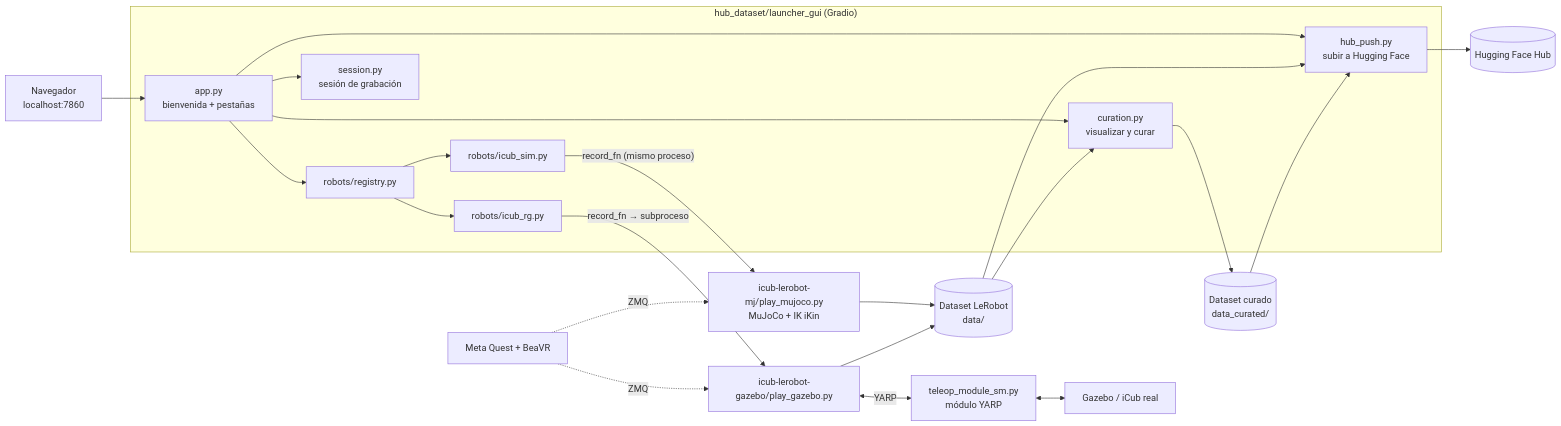
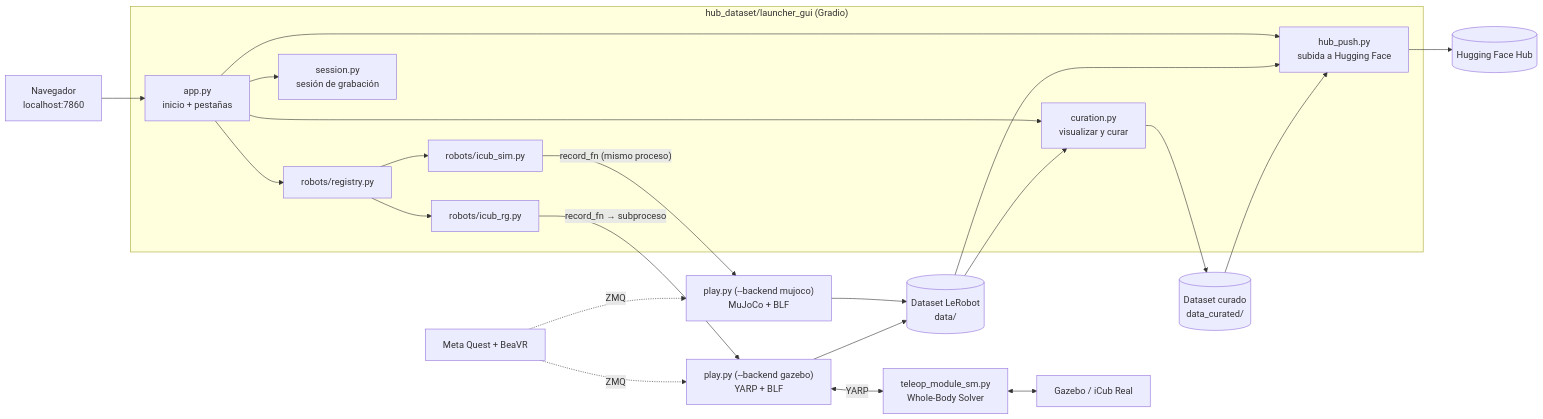
The diagram in README.es.md (mkloviiin/PMM_Final), drawn with Mermaid before and after one commit. The commit also changed other lines of this file and 9 other files, not shown here.

````diff
--- a/README.es.md
+++ b/README.es.md
@@ -189,26 +194,26 @@
 ```mermaid
 flowchart LR
-    U[Navegador<br/>localhost:7860] --> APP
+    U["Navegador<br/>localhost:7860"] --> APP
 
     subgraph HUB["hub_dataset/launcher_gui (Gradio)"]
-        APP[app.py<br/>bienvenida + pestañas] --> REG[robots/registry.py]
-        APP --> SES[session.py<br/>sesión de grabación]
-        APP --> CUR[curation.py<br/>visualizar y curar]
-        APP --> PUSH[hub_push.py<br/>subir a Hugging Face]
-        REG --> SIM[robots/icub_sim.py]
-        REG --> RG[robots/icub_rg.py]
+        APP["app.py<br/>inicio + pestañas"] --> REG["robots/registry.py"]
+        APP --> SES["session.py<br/>sesión de grabación"]
+        APP --> CUR["curation.py<br/>visualizar y curar"]
+        APP --> PUSH["hub_push.py<br/>subida a Hugging Face"]
+        REG --> SIM["robots/icub_sim.py"]
+        REG --> RG["robots/icub_rg.py"]
     end
 
-    SIM -- "record_fn (mismo proceso)" --> PMJ[icub-lerobot-mj/play_mujoco.py<br/>MuJoCo + IK iKin]
-    RG -- "record_fn → subproceso" --> PGZ[icub-lerobot-gazebo/play_gazebo.py]
-    PGZ <-->|YARP| YM[teleop_module_sm.py<br/>módulo YARP]
-    YM <--> ROBOT[Gazebo / iCub real]
-    VR[Meta Quest + BeaVR] -. ZMQ .-> PMJ
+    SIM -- "record_fn (mismo proceso)" --> PMJ["play.py (--backend mujoco)<br/>MuJoCo + BLF"]
+    RG -- "record_fn → subproceso" --> PGZ["play.py (--backend gazebo)<br/>YARP + BLF"]
+    PGZ <-->|YARP| YM["teleop_module_sm.py<br/>Whole-Body Solver"]
+    YM <--> ROBOT["Gazebo / iCub Real"]
+    VR["Meta Quest + BeaVR"] -. ZMQ .-> PMJ
     VR -. ZMQ .-> PGZ
 
-    PMJ --> DS[(Dataset LeRobot<br/>data/)]
+    PMJ --> DS[("Dataset LeRobot<br/>data/")]
     PGZ --> DS
-    DS --> CUR --> DC[(Dataset curado<br/>data_curated/)]
+    DS --> CUR --> DC[("Dataset curado<br/>data_curated/")]
     DS --> PUSH
-    DC --> PUSH --> HF[(Hugging Face Hub)]
+    DC --> PUSH --> HF[("Hugging Face Hub")]
 ```
````
